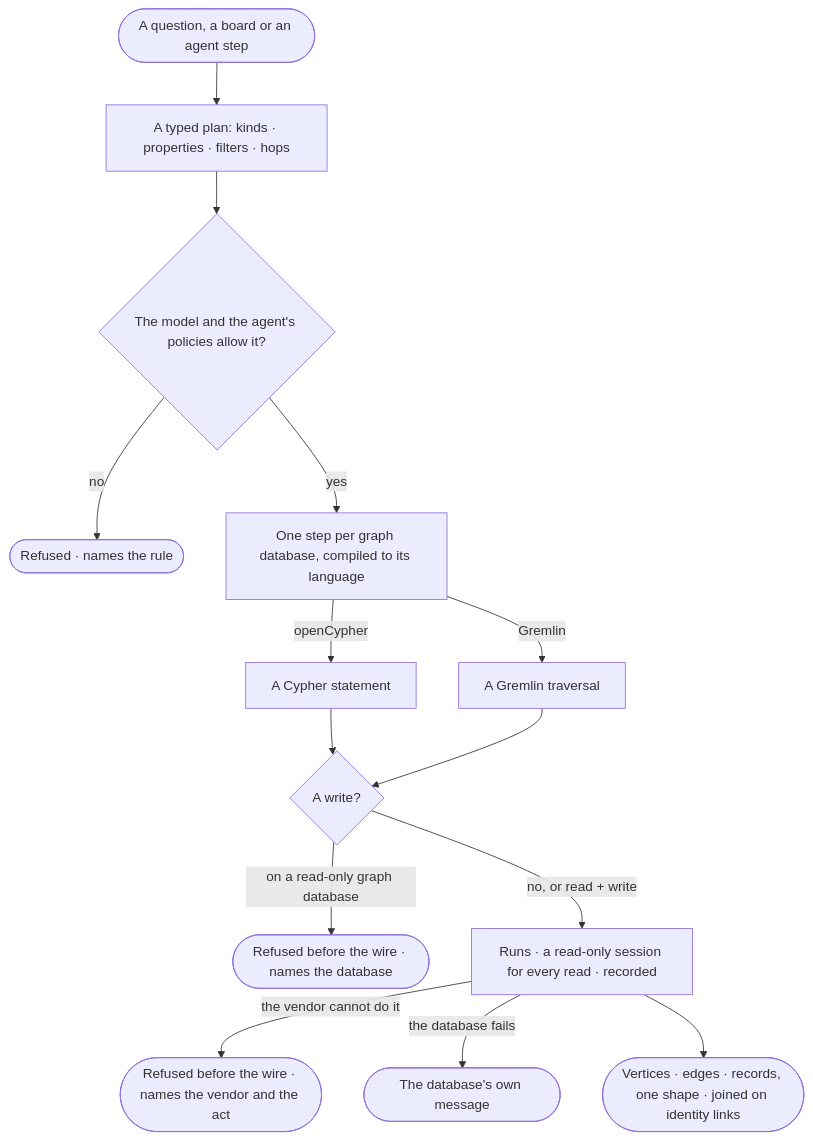
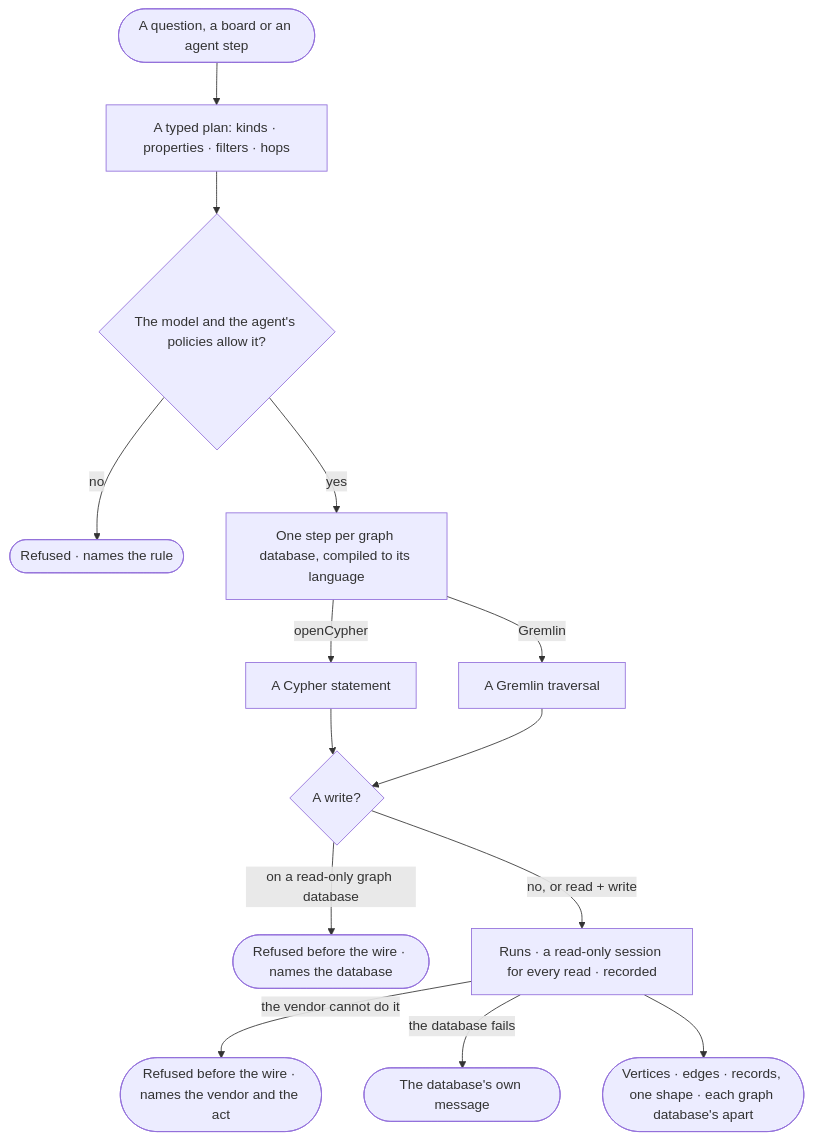
Before and after one commit to invana/invana: the diagram in specs/os/graph/features/GP-F01-data/stories/GP-01-read-and-write-any-supported-database-in-its-own-language/story.md, drawn with Mermaid. The commit also changed 54 other files, not shown here.

First line of the commit message:
docs(specs): many graph databases by access, links within one database, Model views restored

````diff
--- a/specs/os/graph/features/GP-F01-data/stories/GP-01-read-and-write-any-supported-database-in-its-own-language/story.md
+++ b/specs/os/graph/features/GP-F01-data/stories/GP-01-read-and-write-any-supported-database-in-its-own-language/story.md
@@ -27,16 +27,16 @@
 ```mermaid
 flowchart TD
   q([A question, a board or an agent step]) --> p["A typed plan: kinds · properties · filters · hops"]
   p --> ck{"The model and the agent's policies allow it?"}
   ck -->|no| r0(["Refused · names the rule"])
   ck -->|yes| s["One step per graph database, compiled to its language"]
   s -->|openCypher| c[A Cypher statement]
   s -->|Gremlin| g[A Gremlin traversal]
   c --> w{"A write?"}
   g --> w
   w -->|on a read-only graph database| r1(["Refused before the wire · names the database"])
   w -->|no, or read + write| x["Runs · a read-only session for every read · recorded"]
   x -->|the vendor cannot do it| r2(["Refused before the wire · names the vendor and the act"])
   x -->|the database fails| r3(["The database's own message"])
-  x --> o(["Vertices · edges · records, one shape · joined on identity links"])
+  x --> o(["Vertices · edges · records, one shape · each graph database's apart"])
 ```
````
